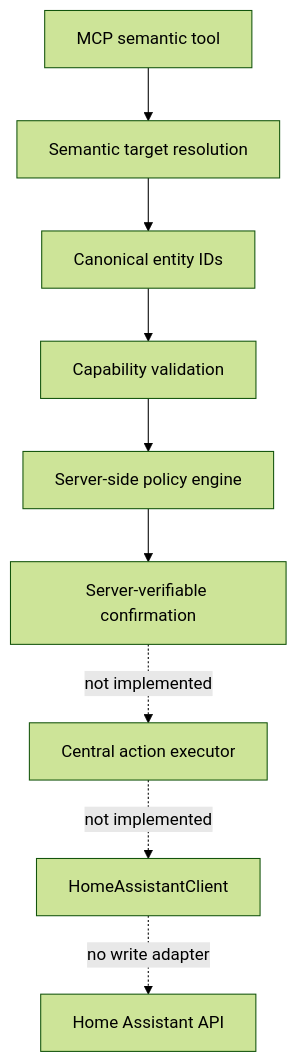
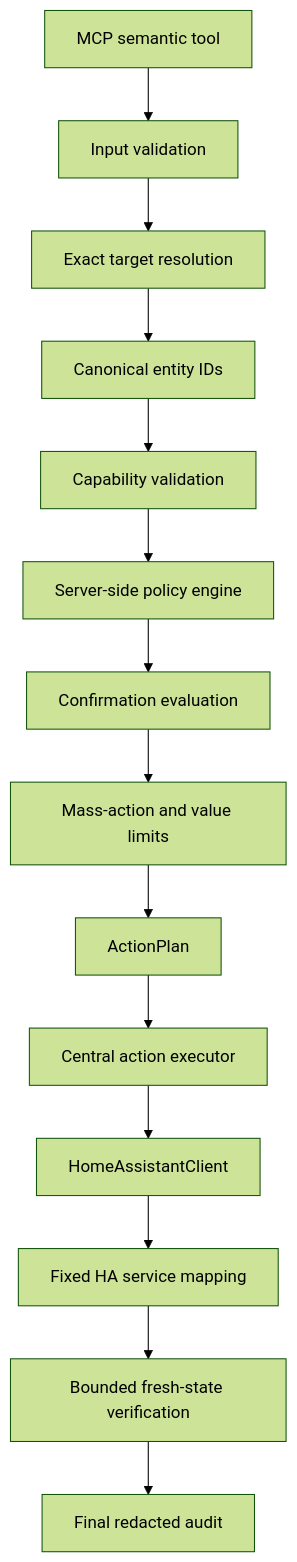
The second of 2 diagrams in docs/architecture.md (ambient-home-systems/ambient-ha-mcp), drawn with Mermaid (forest theme) before and after one commit. The commit also changed other lines of this file and 42 other files, not shown here.

````diff
--- a/docs/architecture.md
+++ b/docs/architecture.md
@@ -253,11 +261,16 @@
 ```mermaid
 flowchart TD
-    Tool[MCP semantic tool] --> Resolve[Semantic target resolution]
+    Tool[MCP semantic tool] --> Validate[Input validation]
+    Validate --> Resolve[Exact target resolution]
     Resolve --> Canonical[Canonical entity IDs]
     Canonical --> Capability[Capability validation]
     Capability --> Policy[Server-side policy engine]
-    Policy --> Confirm[Server-verifiable confirmation]
-    Confirm -. not implemented .-> Executor[Central action executor]
-    Executor -. not implemented .-> Client[HomeAssistantClient]
-    Client -. no write adapter .-> HA[Home Assistant API]
+    Policy --> Confirm[Confirmation evaluation]
+    Confirm --> Limits[Mass-action and value limits]
+    Limits --> Plan[ActionPlan]
+    Plan --> Executor[Central action executor]
+    Executor --> Client[HomeAssistantClient]
+    Client --> HA[Fixed HA service mapping]
+    HA --> Verify[Bounded fresh-state verification]
+    Verify --> Audit[Final redacted audit]
 ```
````
